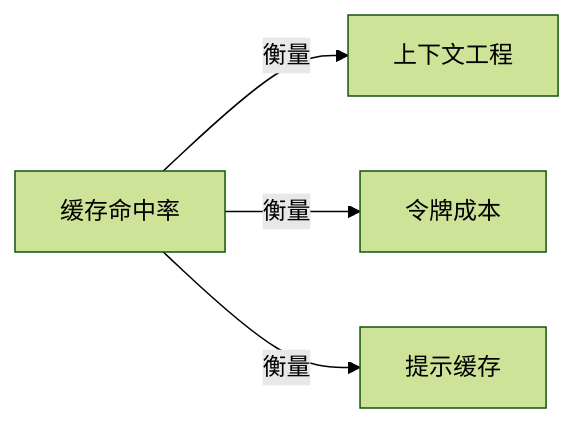
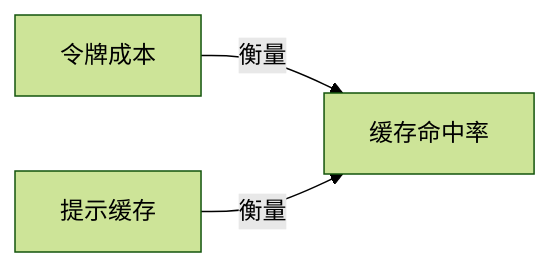
One commit to yibie/claude-best-practices-zh changed the diagram in wiki/缓存命中率.md. Above: the diagram before and after it, drawn with Mermaid (forest theme). The commit also changed other lines of this file and 407 other files, not shown here.

Commit message:
feat: DeepSeek 三遍审校（译文/关系/图谱）+ 可部署静态站点

````diff
--- a/wiki/缓存命中率.md
+++ b/wiki/缓存命中率.md
@@ -45,7 +45,6 @@
 ```mermaid
 graph LR
   C["缓存命中率"]
-  C -->|衡量| N0["上下文工程"]
-  C -->|衡量| N1["令牌成本"]
-  C -->|衡量| N2["提示缓存"]
+  N0["令牌成本"] -->|衡量| C
+  N1["提示缓存"] -->|衡量| C
 ```
````
